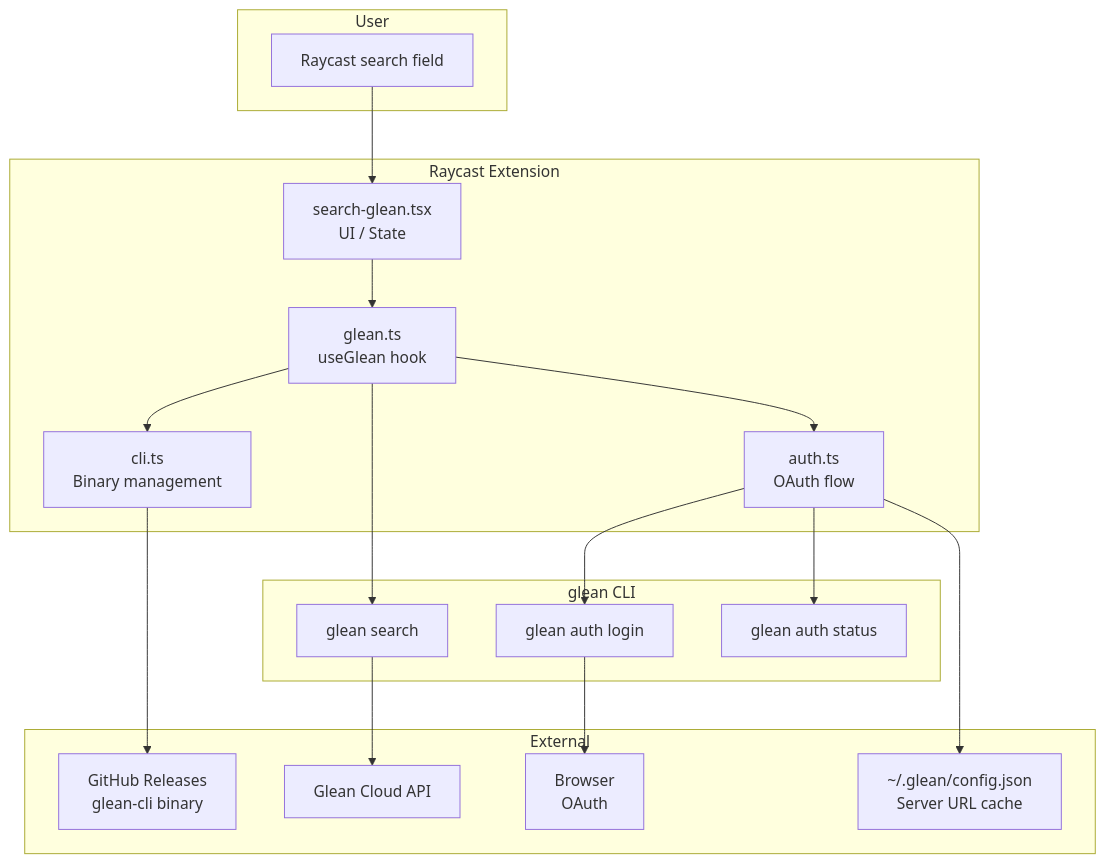
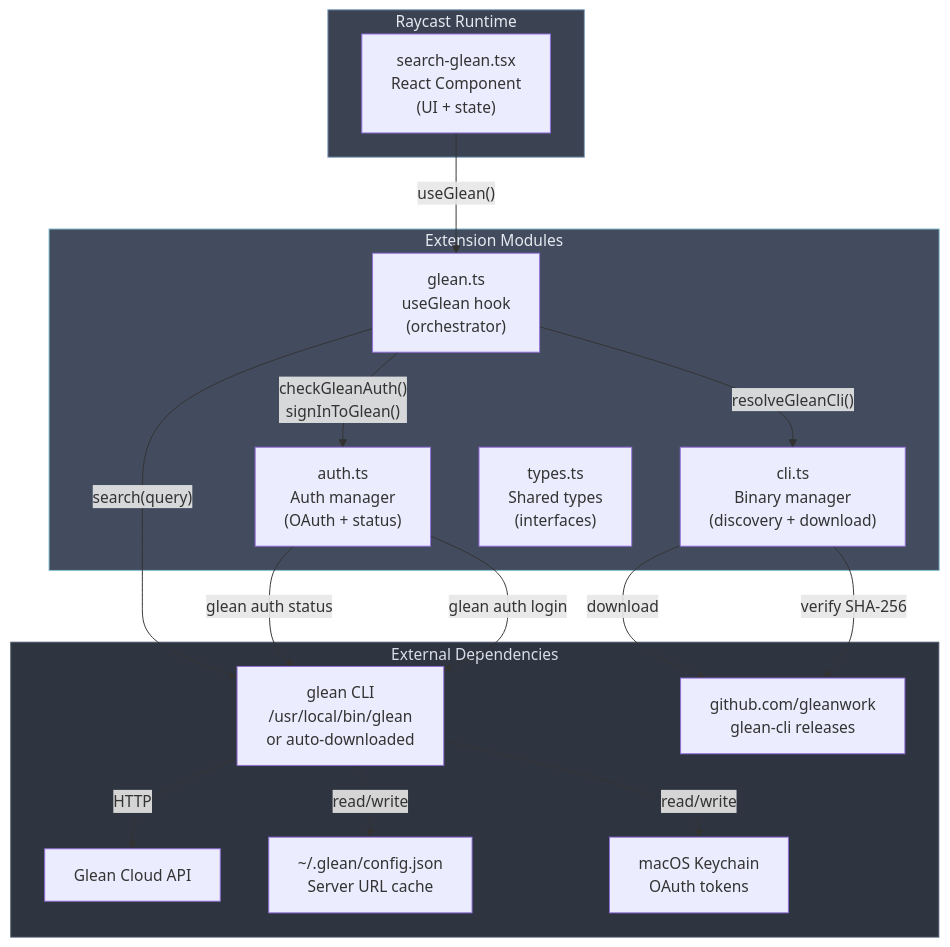
One commit to faizhasim/glean-search changed the second of 7 diagrams in docs/reference/architecture.md. Above: the diagram before and after it, drawn with Mermaid. The commit also changed other lines of this file and 47 other files, not shown here.

First line of the commit message:
docs: nord theme, C4 architecture, grid cards, dash fixes

````diff
--- a/docs/reference/architecture.md
+++ b/docs/reference/architecture.md
@@ -7,36 +42,37 @@
 ```mermaid
 flowchart TB
-    subgraph User["User"]
-        A["Raycast search field"]
+    subgraph Raycast["Raycast Runtime"]
+        Command["search-glean.tsx<br/>React Component<br/>(UI + state)"]
     end
 
-    subgraph Extension["Raycast Extension"]
-        B["search-glean.tsx<br/>UI / State"]
-        C["glean.ts<br/>useGlean hook"]
-        D["cli.ts<br/>Binary management"]
-        E["auth.ts<br/>OAuth flow"]
+    subgraph Modules["Extension Modules"]
+        Hook["glean.ts<br/>useGlean hook<br/>(orchestrator)"]
+        Auth["auth.ts<br/>Auth manager<br/>(OAuth + status)"]
+        CLI["cli.ts<br/>Binary manager<br/>(discovery + download)"]
+        Types["types.ts<br/>Shared types<br/>(interfaces)"]
     end
 
-    subgraph CLI["glean CLI"]
-        F["glean search"]
-        G["glean auth login"]
-        H["glean auth status"]
+    subgraph External["External Dependencies"]
+        GleanCLI["glean CLI<br/>/usr/local/bin/glean<br/>or auto-downloaded"]
+        GitHub["github.com/gleanwork<br/>glean-cli releases"]
+        GleanAPI["Glean Cloud API"]
+        Config["~/.glean/config.json<br/>Server URL cache"]
+        Keychain["macOS Keychain<br/>OAuth tokens"]
     end
 
-    subgraph External["External"]
-        I["GitHub Releases<br/>glean-cli binary"]
-        J["Glean Cloud API"]
-        K["Browser<br/>OAuth"]
-        L["~/.glean/config.json<br/>Server URL cache"]
-    end
+    Command -->|"useGlean()"| Hook
+    Hook -->|"resolveGleanCli()"| CLI
+    Hook -->|"checkGleanAuth()<br/>signInToGlean()"| Auth
+    Hook -->|"search(query)"| GleanCLI
+    CLI -->|"download"| GitHub
+    CLI -->|"verify SHA-256"| GitHub
+    Auth -->|"glean auth status"| GleanCLI
+    Auth -->|"glean auth login"| GleanCLI
+    GleanCLI -->|"HTTP"| GleanAPI
+    GleanCLI -->|"read/write"| Config
+    GleanCLI -->|"read/write"| Keychain
 
-    A --> B
-    B --> C
-    C --> D
-    C --> E
-    D --> I
-    E --> G --> K
-    E --> H
-    E --> L
-    C --> F --> J
+    style Raycast fill:#3b4252,stroke:#81a1c1,color:#e5e9f0
+    style Modules fill:#434c5e,stroke:#88c0d0,color:#e5e9f0
+    style External fill:#2e3440,stroke:#4c566a,color:#d8dee9
 ```
````
